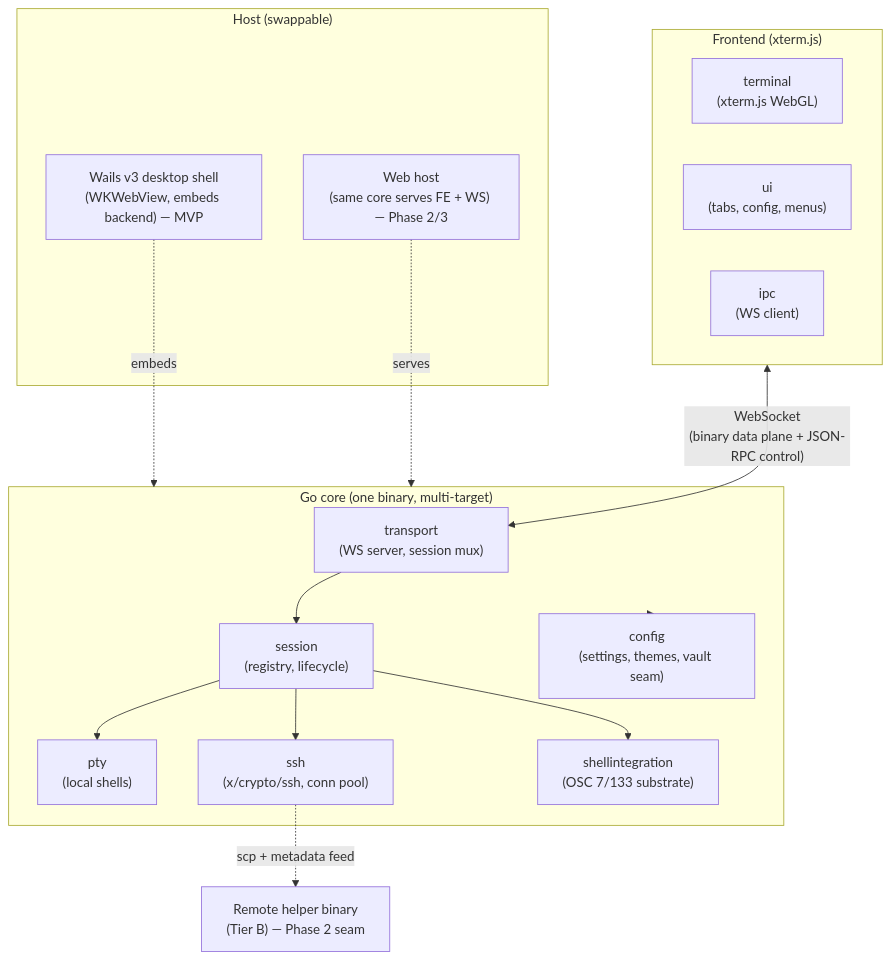
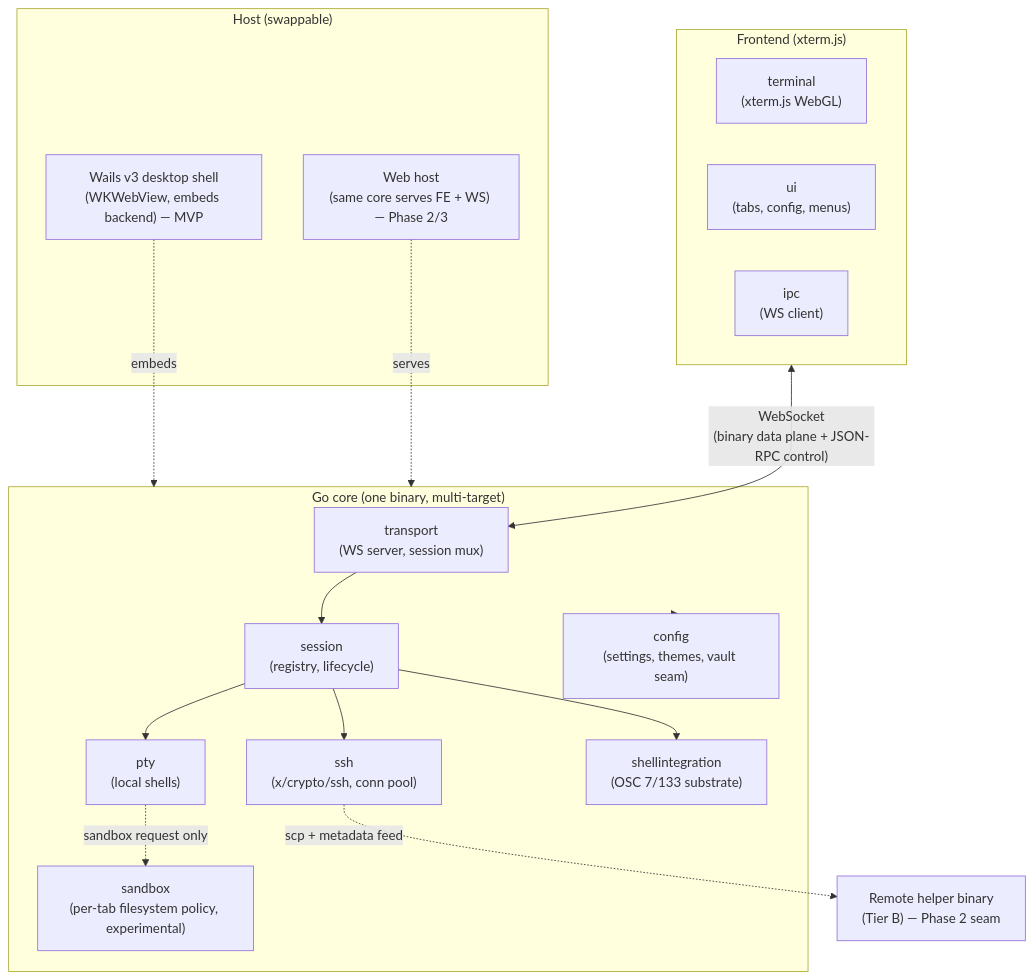
The first of 2 diagrams in docs/architecture.md (shady2k/nocx), drawn with Mermaid before and after one commit. The commit also changed other lines of this file and 71 other files, not shown here.

Commit message:
feat(sandbox): enforce per-tab filesystem isolation

````diff
--- a/docs/architecture.md
+++ b/docs/architecture.md
@@ -16,34 +16,36 @@
 ```mermaid
 graph TB
     subgraph host["Host (swappable)"]
         wails["Wails v3 desktop shell<br/>(WKWebView, embeds backend) — MVP"]
         webhost["Web host<br/>(same core serves FE + WS) — Phase 2/3"]
     end
 
     subgraph fe["Frontend (xterm.js)"]
         terminal["terminal<br/>(xterm.js WebGL)"]
         ui["ui<br/>(tabs, config, menus)"]
         ipc["ipc<br/>(WS client)"]
     end
 
     subgraph core["Go core (one binary, multi-target)"]
         transport["transport<br/>(WS server, session mux)"]
         session["session<br/>(registry, lifecycle)"]
         pty["pty<br/>(local shells)"]
+        sandbox["sandbox<br/>(per-tab filesystem policy, experimental)"]
         ssh["ssh<br/>(x/crypto/ssh, conn pool)"]
         config["config<br/>(settings, themes, vault seam)"]
         shellint["shellintegration<br/>(OSC 7/133 substrate)"]
     end
 
     remote["Remote helper binary<br/>(Tier B) — Phase 2 seam"]
 
     wails -.embeds.-> core
     webhost -.serves.-> core
     fe <-->|"WebSocket<br/>(binary data plane + JSON-RPC control)"| transport
     transport --> session
     session --> pty
     session --> ssh
     session --> shellint
+    pty -.->|"sandbox request only"| sandbox
     core --> config
     ssh -.->|"scp + metadata feed"| remote
 ```
````
